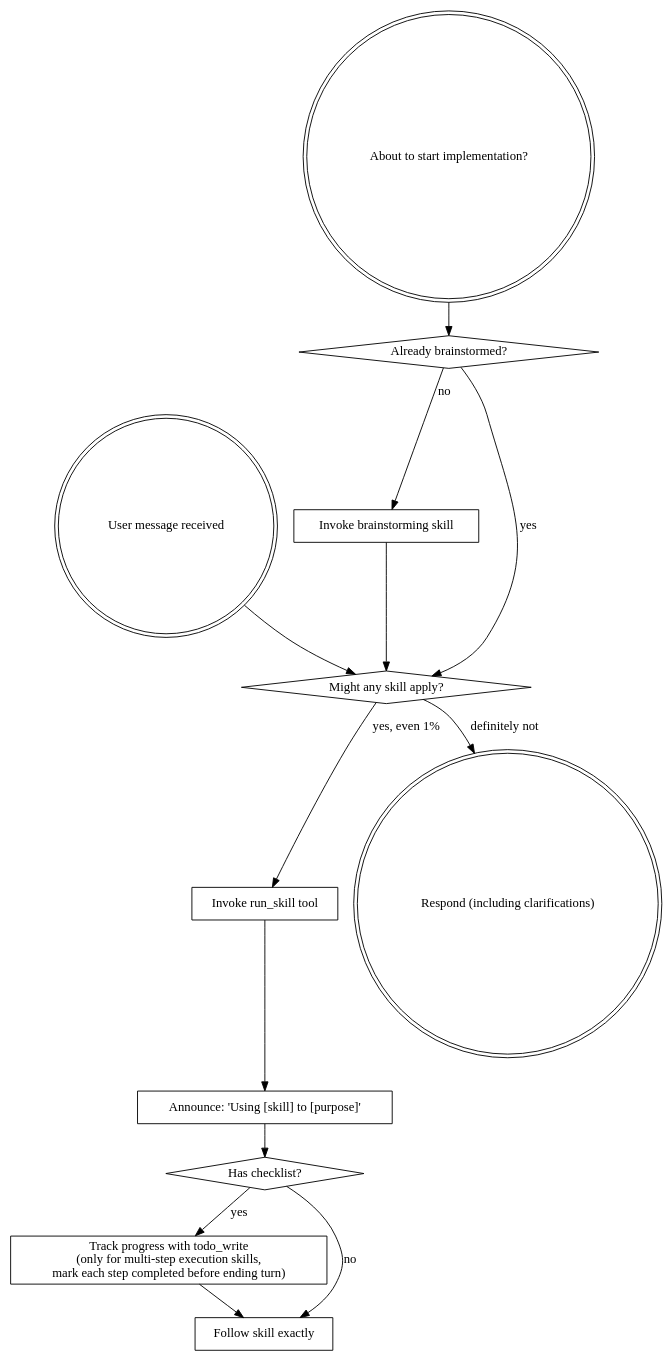
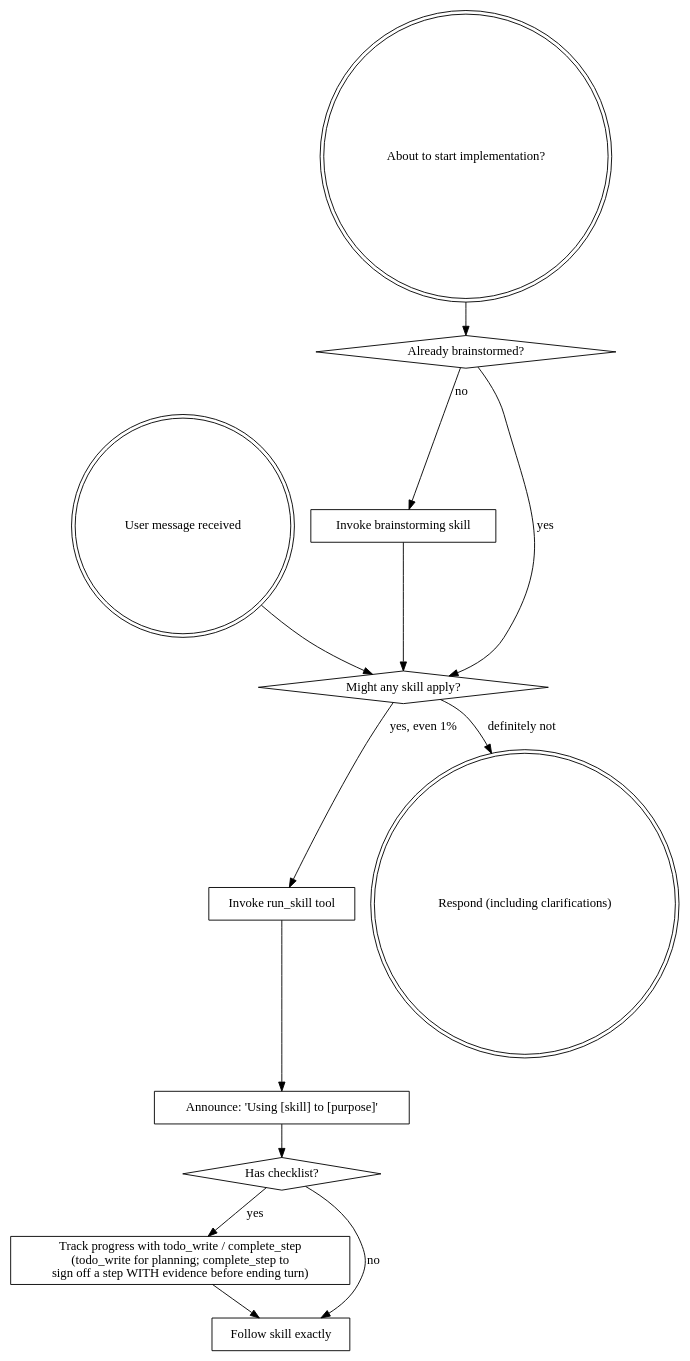
The diagram in using-superpowers/SKILL.md (SunNull/reasonix-superpowers), drawn with Graphviz before and after one commit. The commit also changed other lines of this file and 14 other files, not shown here.

````diff
--- a/using-superpowers/SKILL.md
+++ b/using-superpowers/SKILL.md
@@ -40,29 +47,29 @@
 ```dot
 digraph skill_flow {
     "User message received" [shape=doublecircle];
     "About to start implementation?" [shape=doublecircle];
     "Already brainstormed?" [shape=diamond];
     "Invoke brainstorming skill" [shape=box];
     "Might any skill apply?" [shape=diamond];
     "Invoke run_skill tool" [shape=box];
     "Announce: 'Using [skill] to [purpose]'" [shape=box];
     "Has checklist?" [shape=diamond];
-    "Track progress with todo_write\n(only for multi-step execution skills,\nmark each step completed before ending turn)" [shape=box];
+    "Track progress with todo_write / complete_step\n(todo_write for planning; complete_step to\nsign off a step WITH evidence before ending turn)" [shape=box];
     "Follow skill exactly" [shape=box];
     "Respond (including clarifications)" [shape=doublecircle];
 
     "About to start implementation?" -> "Already brainstormed?";
     "Already brainstormed?" -> "Invoke brainstorming skill" [label="no"];
     "Already brainstormed?" -> "Might any skill apply?" [label="yes"];
     "Invoke brainstorming skill" -> "Might any skill apply?";
 
     "User message received" -> "Might any skill apply?";
     "Might any skill apply?" -> "Invoke run_skill tool" [label="yes, even 1%"];
     "Might any skill apply?" -> "Respond (including clarifications)" [label="definitely not"];
     "Invoke run_skill tool" -> "Announce: 'Using [skill] to [purpose]'";
     "Announce: 'Using [skill] to [purpose]'" -> "Has checklist?";
-    "Has checklist?" -> "Track progress with todo_write\n(only for multi-step execution skills,\nmark each step completed before ending turn)" [label="yes"];
+    "Has checklist?" -> "Track progress with todo_write / complete_step\n(todo_write for planning; complete_step to\nsign off a step WITH evidence before ending turn)" [label="yes"];
     "Has checklist?" -> "Follow skill exactly" [label="no"];
-    "Track progress with todo_write\n(only for multi-step execution skills,\nmark each step completed before ending turn)" -> "Follow skill exactly";
+    "Track progress with todo_write / complete_step\n(todo_write for planning; complete_step to\nsign off a step WITH evidence before ending turn)" -> "Follow skill exactly";
 }
 ```
````
